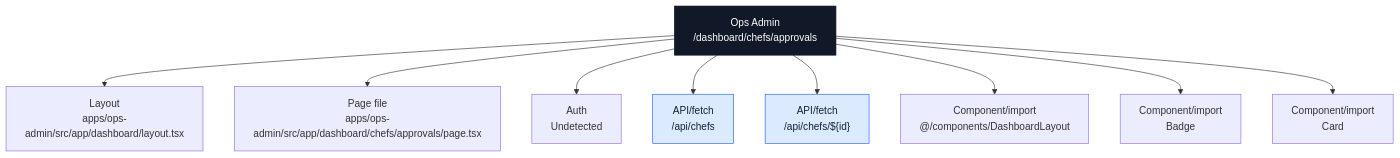
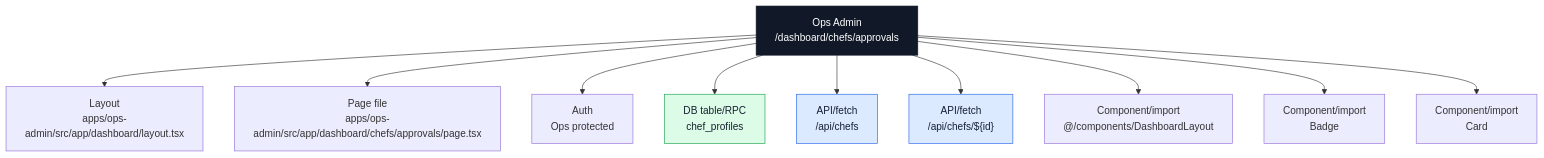
The seventh of 40 diagrams in docs/architecture/codebase-map/pages/ops-admin-pages.md (Ritenoob/ridendine-marketplace), drawn with Mermaid before and after one commit. The commit also changed other lines of this file and 34 other files, not shown here.

````diff
--- a/docs/architecture/codebase-map/pages/ops-admin-pages.md
+++ b/docs/architecture/codebase-map/pages/ops-admin-pages.md
@@ -464,26 +464,29 @@
 ```mermaid
 flowchart TB
   Page["Ops Admin<br/>/dashboard/chefs/approvals"]
   Layout["Layout<br/>apps/ops-admin/src/app/dashboard/layout.tsx"]
   File["Page file<br/>apps/ops-admin/src/app/dashboard/chefs/approvals/page.tsx"]
-  Auth["Auth<br/>Undetected"]
+  Auth["Auth<br/>Ops protected"]
   Page --> Layout
   Page --> File
   Page --> Auth
+  Table0["DB table/RPC<br/>chef_profiles"]
+  Page --> Table0
   Api0["API/fetch<br/>/api/chefs"]
   Page --> Api0
   Api1["API/fetch<br/>/api/chefs/${id}"]
   Page --> Api1
   Component0["Component/import<br/>@/components/DashboardLayout"]
   Page --> Component0
   Component1["Component/import<br/>Badge"]
   Page --> Component1
   Component2["Component/import<br/>Card"]
   Page --> Component2
   classDef page fill:#111827,stroke:#111827,color:#ffffff
   classDef data fill:#dcfce7,stroke:#16a34a,color:#172033
   classDef api fill:#dbeafe,stroke:#2563eb,color:#172033
   classDef warn fill:#fef3c7,stroke:#f59e0b,color:#172033
   class Page page
+  class Table0 data
   class Api0,Api1 api
 ```
````
